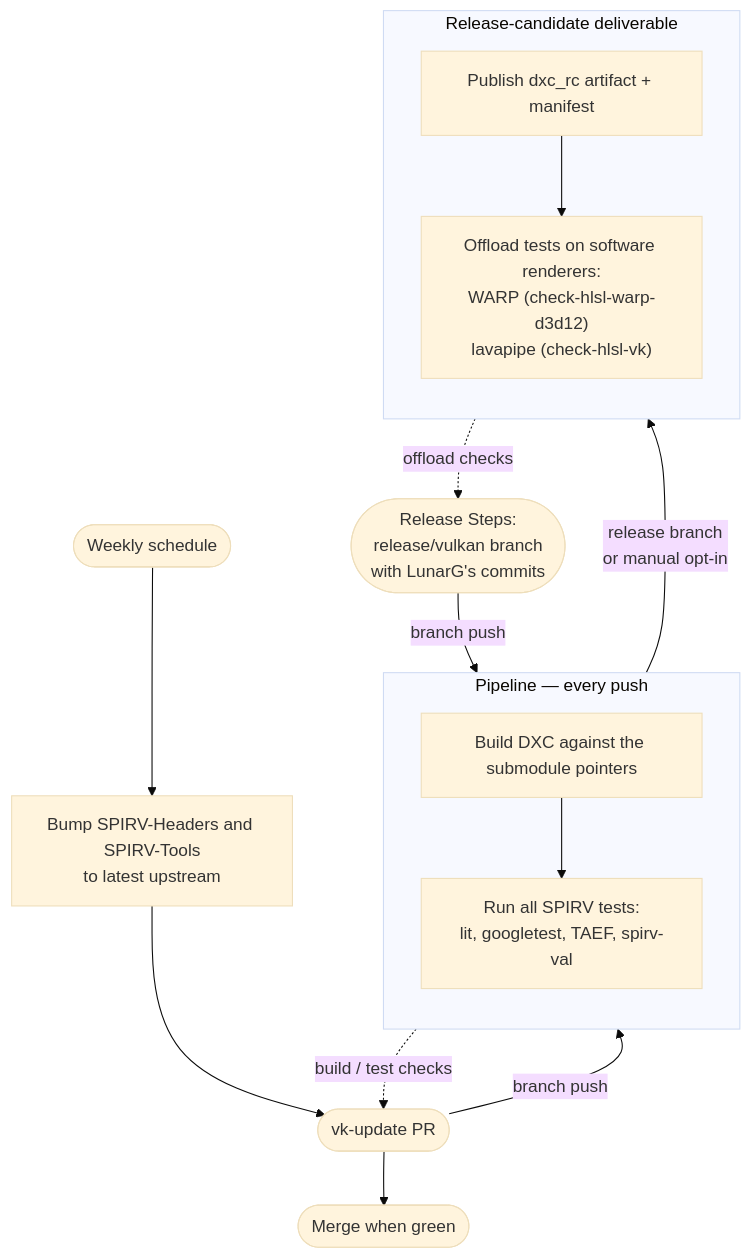
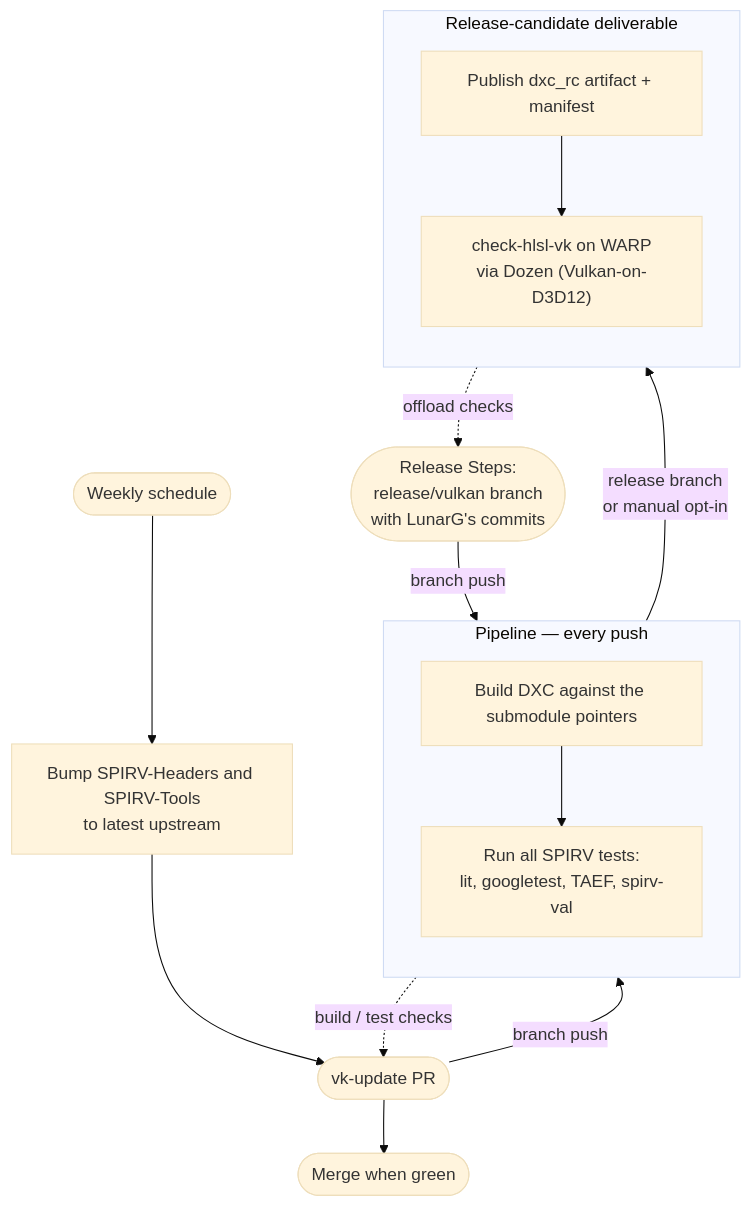
One commit to joaosaffran/DirectXShaderCompiler changed the diagram in .github/workflows/spec.md. Above: the diagram before and after it, drawn with Mermaid (base theme). The commit also changed other lines of this file and 3 other files, not shown here.

````diff
--- a/.github/workflows/spec.md
+++ b/.github/workflows/spec.md
@@ -49,24 +49,24 @@
 ```mermaid
 flowchart TD
     schedule(["Weekly schedule"]) --> bump
     bump["Bump SPIRV-Headers and SPIRV-Tools<br/>to latest upstream"] --> vkpr
     vkpr(["vk-update PR"]) -->|branch push| build
     release(["Release Steps:<br/>release/vulkan branch<br/>with LunarG's commits"]) -->|branch push| build
 
     subgraph pipeline ["Pipeline — every push"]
         direction TB
         build["Build DXC against the submodule pointers"] --> test
         test["Run all SPIRV tests:<br/>lit, googletest, TAEF, spirv-val"]
     end
 
     test -->|release branch<br/>or manual opt-in| publish
     subgraph deliverable ["Release-candidate deliverable"]
         direction TB
         publish["Publish dxc_rc artifact + manifest"] --> offload
-        offload["Offload tests on software renderers:<br/>WARP (check-hlsl-warp-d3d12)<br/>lavapipe (check-hlsl-vk)"]
+        offload["check-hlsl-vk on WARP<br/>via Dozen (Vulkan-on-D3D12)"]
     end
 
     test -. build / test checks .-> vkpr
     offload -. offload checks .-> release
     vkpr --> merge(["Merge when green"])
 ```
````
